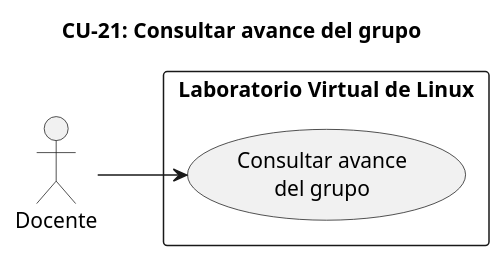
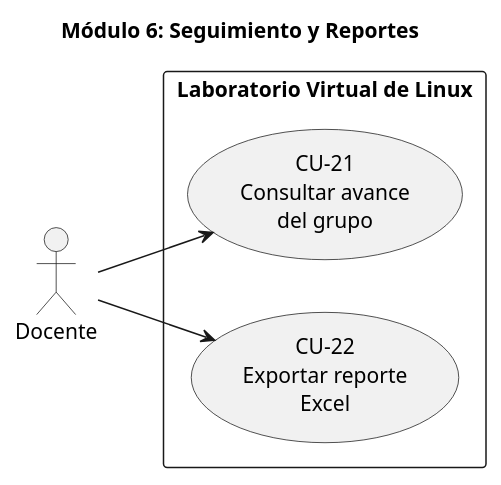
One commit to LinuxLab-UFPS/LinuxLab changed diagram 26 of 35 in docs/annexes/cu-especificacion.md. Above: the diagram before and after it, drawn with PlantUML. The commit also changed other lines of this file and 1 other file, not shown here.

Commit message:
feat: add detailed use case specifications and diagrams for modules 1 to 8

````diff
--- a/docs/annexes/cu-especificacion.md
+++ b/docs/annexes/cu-especificacion.md
@@ -1860,16 +1598,18 @@
 ```plantuml
 @startuml
 left to right direction
 
-title CU-21: Consultar avance del grupo
+title Módulo 6: Seguimiento y Reportes
 
 rectangle "Laboratorio Virtual de Linux" {
-  usecase "Consultar avance\ndel grupo" as UC21
+  usecase "CU-21\nConsultar avance\ndel grupo" as M6UC21
+  usecase "CU-22\nExportar reporte\nExcel" as M6UC22
 }
 
 actor "Docente" as Doc
 
-Doc --> UC21
+Doc --> M6UC21
+Doc --> M6UC22
 
 @enduml
 ```
````
